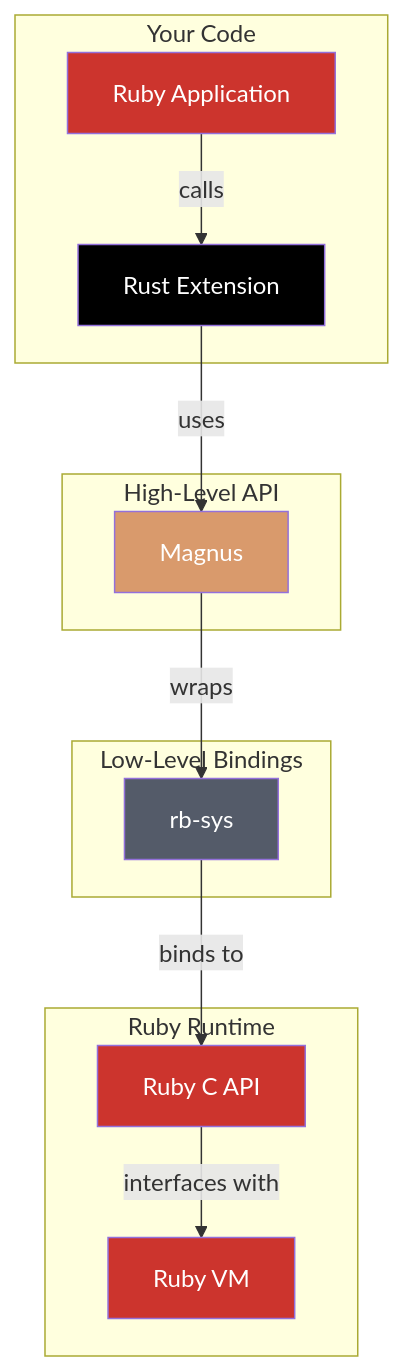
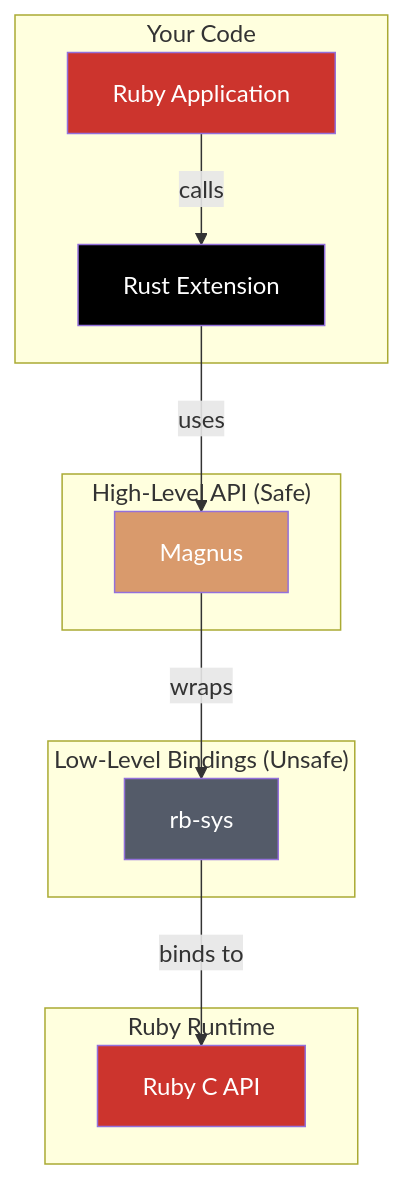
The diagram in docsite/docs/core-concepts.mdx (oxidize-rb/rb-sys), drawn with Mermaid before and after one commit. The commit also changed other lines of this file and 44 other files, not shown here.

````diff
--- a/docsite/docs/core-concepts.mdx
+++ b/docsite/docs/core-concepts.mdx
@@ -23,33 +16,30 @@
 ```mermaid
 graph TB
     subgraph "Your Code"
         A[Ruby Application]
         B[Rust Extension]
     end
 
-    subgraph "High-Level API"
+    subgraph "High-Level API (Safe)"
         C[Magnus]
     end
 
-    subgraph "Low-Level Bindings"
+    subgraph "Low-Level Bindings (Unsafe)"
         D[rb-sys]
     end
 
     subgraph "Ruby Runtime"
         E[Ruby C API]
-        F[Ruby VM]
     end
 
     A -->|calls| B
     B -->|uses| C
     C -->|wraps| D
     D -->|binds to| E
-    E -->|interfaces with| F
 
     style A fill:#CC342D,color:#fff
     style B fill:#000,color:#fff
     style C fill:#D99A6C,color:#fff
-style D fill:#545B69,color:#fff
+    style D fill:#545B69,color:#fff
     style E fill:#CC342D,color:#fff
-    style F fill:#CC342D,color:#fff
 ```
````
